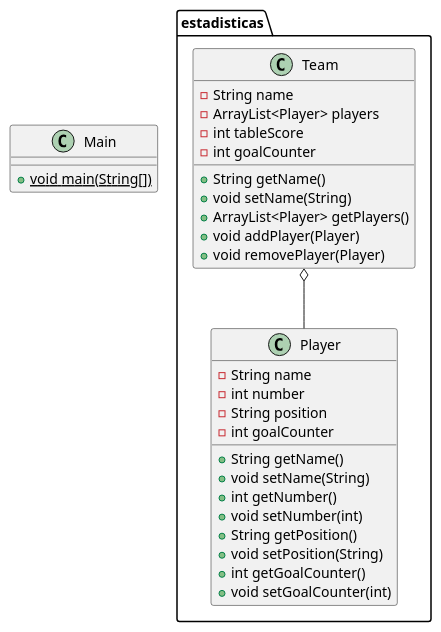
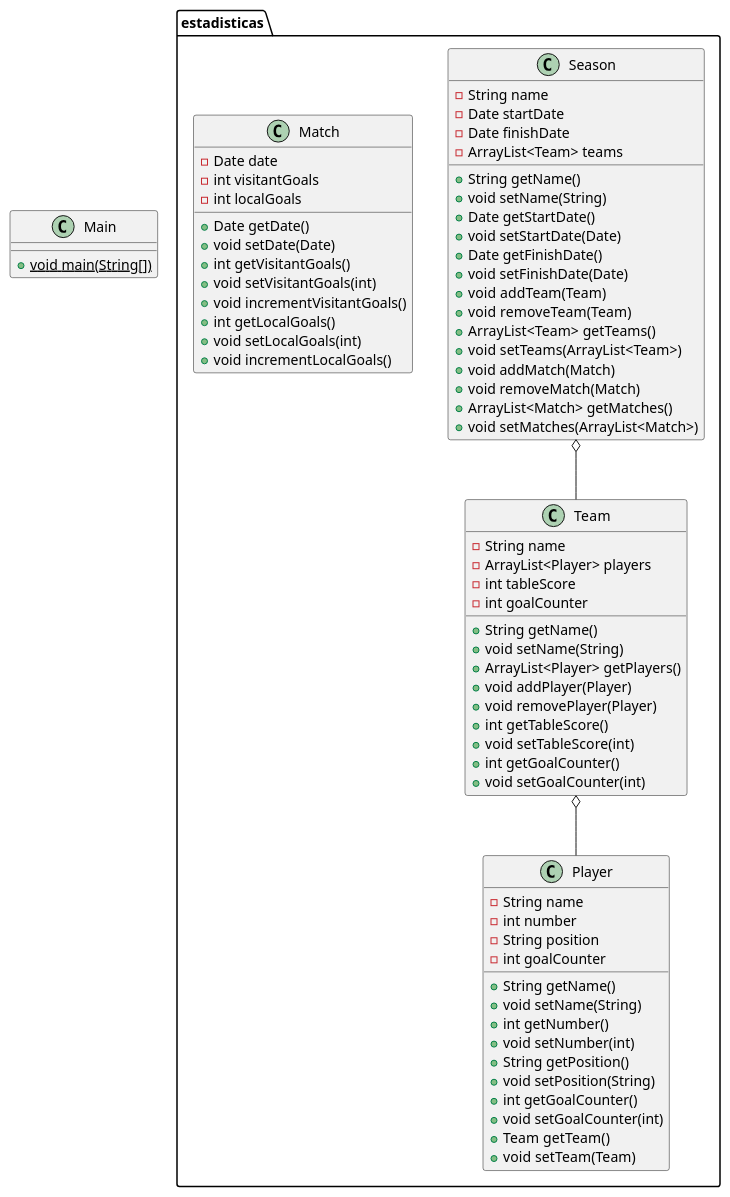
Before and after one commit to davidpaz0283/Final_David_Paz: the diagram in Trabajo_Final_David_Paz/diagram.puml, drawn with PlantUML. The commit also changed 1 other file, not shown here.

Commit message:
feat: add diagram class

```diff
--- a/Trabajo_Final_David_Paz/diagram.puml
+++ b/Trabajo_Final_David_Paz/diagram.puml
@@ -1,32 +1,72 @@
 @startuml
+class estadisticas.Season {
+- String name
+- Date startDate
+- Date finishDate
+- ArrayList<Team> teams
++ String getName()
++ void setName(String)
++ Date getStartDate()
++ void setStartDate(Date)
++ Date getFinishDate()
++ void setFinishDate(Date)
++ void addTeam(Team)
++ void removeTeam(Team)
++ ArrayList<Team> getTeams()
++ void setTeams(ArrayList<Team>)
++ void addMatch(Match)
++ void removeMatch(Match)
++ ArrayList<Match> getMatches()
++ void setMatches(ArrayList<Match>)
+}
 class estadisticas.Player {
 - String name
 - int number
 - String position
 - int goalCounter
 + String getName()
 + void setName(String)
 + int getNumber()
 + void setNumber(int)
 + String getPosition()
 + void setPosition(String)
 + int getGoalCounter()
 + void setGoalCounter(int)
++ Team getTeam()
++ void setTeam(Team)
 }
 class Main {
 + {static} void main(String[])
 }
 class estadisticas.Team {
 - String name
 - ArrayList<Player> players
 - int tableScore
 - int goalCounter
 + String getName()
 + void setName(String)
 + ArrayList<Player> getPlayers()
 + void addPlayer(Player)
 + void removePlayer(Player)
++ int getTableScore()
++ void setTableScore(int)
++ int getGoalCounter()
++ void setGoalCounter(int)
 }
+class estadisticas.Match {
+- Date date
+- int visitantGoals
+- int localGoals
++ Date getDate()
++ void setDate(Date)
++ int getVisitantGoals()
++ void setVisitantGoals(int)
++ void incrementVisitantGoals()
++ int getLocalGoals()
++ void setLocalGoals(int)
++ void incrementLocalGoals()
+}
+estadisticas.Team o-- estadisticas.Player
+estadisticas.Season o-- estadisticas.Team
 
-estadisticas.Team o-- estadisticas.Player
 @enduml
```
